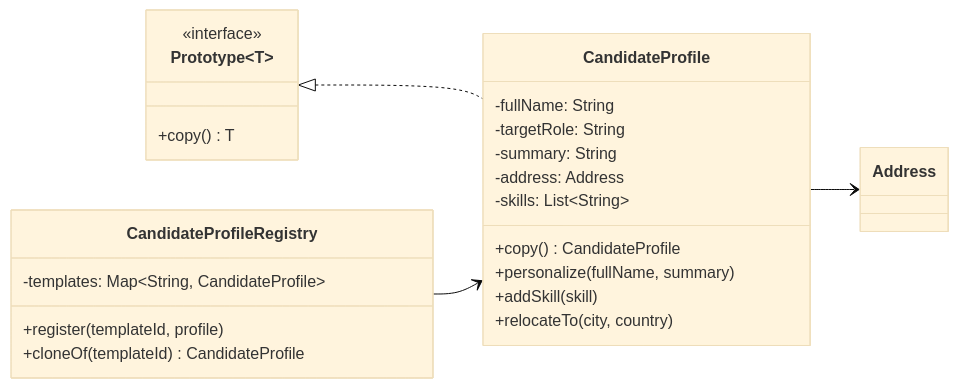
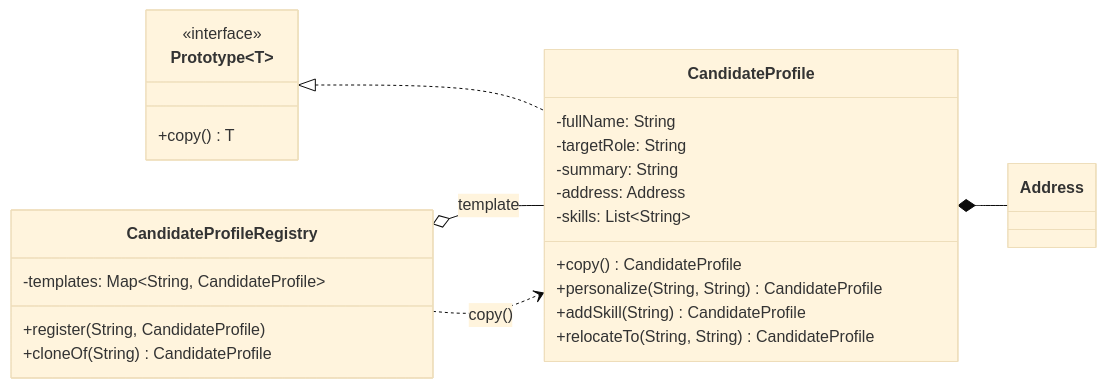
The first of 2 diagrams in src/main/java/com/can/creational/prototype/explain/prototype.md (TunahanCan/design_pattern), drawn with Mermaid (base theme) before and after one commit. The commit also changed other lines of this file and 171 other files, not shown here.

````diff
--- a/src/main/java/com/can/creational/prototype/explain/prototype.md
+++ b/src/main/java/com/can/creational/prototype/explain/prototype.md
@@ -43,31 +109,28 @@
 ```mermaid
 classDiagram
     direction LR
-
     class Prototype~T~ {
-      <<interface>>
-      +copy() T
+        <<interface>>
+        +copy() T
     }
-
     class CandidateProfile {
-      -fullName: String
-      -targetRole: String
-      -summary: String
-      -address: Address
-      -skills: List~String~
-      +copy() CandidateProfile
-      +personalize(fullName, summary)
-      +addSkill(skill)
-      +relocateTo(city, country)
+        -fullName: String
+        -targetRole: String
+        -summary: String
+        -address: Address
+        -skills: List~String~
+        +copy() CandidateProfile
+        +personalize(String, String) CandidateProfile
+        +addSkill(String) CandidateProfile
+        +relocateTo(String, String) CandidateProfile
     }
-
     class CandidateProfileRegistry {
-      -templates: Map~String, CandidateProfile~
-      +register(templateId, profile)
-      +cloneOf(templateId) CandidateProfile
+        -templates: Map~String, CandidateProfile~
+        +register(String, CandidateProfile)
+        +cloneOf(String) CandidateProfile
     }
-
     Prototype <|.. CandidateProfile
-    CandidateProfileRegistry --> CandidateProfile
-    CandidateProfile --> Address
+    CandidateProfile *-- Address
+    CandidateProfileRegistry o-- CandidateProfile : template
+    CandidateProfileRegistry ..> CandidateProfile : copy()
 ```
````
